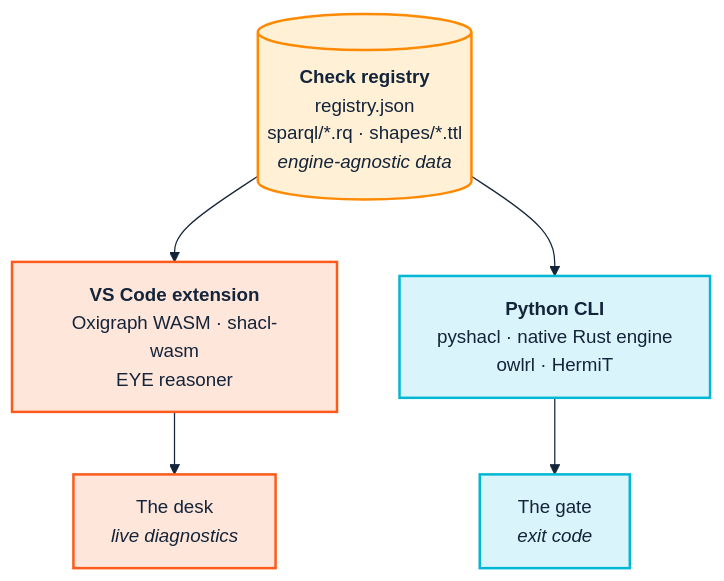
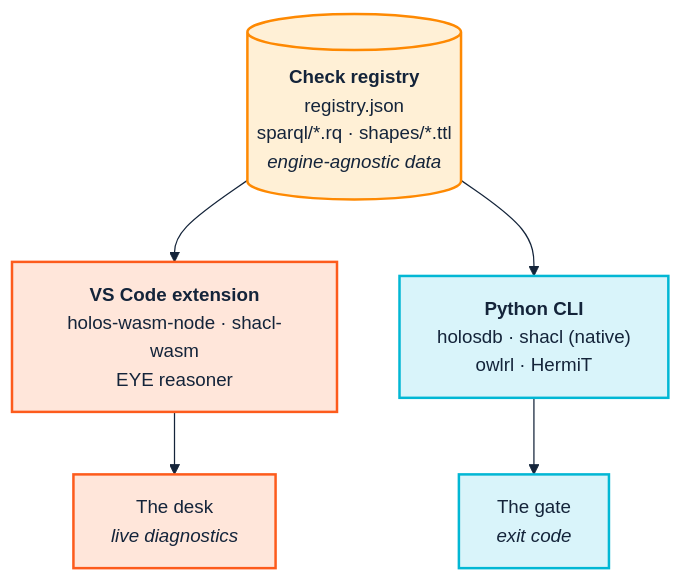
The diagram in docs/07-the-toolchain.md (pwin/SemOpsManual), drawn with Mermaid before and after one commit. The commit also changed other lines of this file and 21 other files, not shown here.

````diff
--- a/docs/07-the-toolchain.md
+++ b/docs/07-the-toolchain.md
@@ -59,19 +63,19 @@
 ```mermaid
 %%{init: {'theme':'base','themeVariables':{
   'fontSize':'15px','fontFamily':'Segoe UI, Helvetica, Arial, sans-serif',
   'lineColor':'#14243A','primaryTextColor':'#14243A',
   'edgeLabelBackground':'#FFFFFF'}}}%%
 flowchart TD
     REG[("<b>Check registry</b><br/>registry.json<br/>sparql/*.rq · shapes/*.ttl<br/><i>engine-agnostic data</i>")]
 
-    REG --> EXT["<b>VS Code extension</b><br/>Oxigraph WASM · shacl-wasm<br/>EYE reasoner"]
-    REG --> CLI["<b>Python CLI</b><br/>pyshacl · native Rust engine<br/>owlrl · HermiT"]
+    REG --> EXT["<b>VS Code extension</b><br/>holos-wasm-node · shacl-wasm<br/>EYE reasoner"]
+    REG --> CLI["<b>Python CLI</b><br/>holosdb · shacl (native)<br/>owlrl · HermiT"]
 
     EXT --> DESK["The desk<br/><i>live diagnostics</i>"]
     CLI --> GATE["The gate<br/><i>exit code</i>"]
 
     classDef govern fill:#FFF0D6,stroke:#FE8902,stroke-width:2px,color:#14243A;
     classDef human fill:#FFE6DA,stroke:#FD5B1C,stroke-width:2px,color:#14243A;
     classDef ci fill:#D9F4FA,stroke:#02B7D4,stroke-width:2px,color:#14243A;
     class REG govern; class EXT,DESK human; class CLI,GATE ci;
 ```
````
